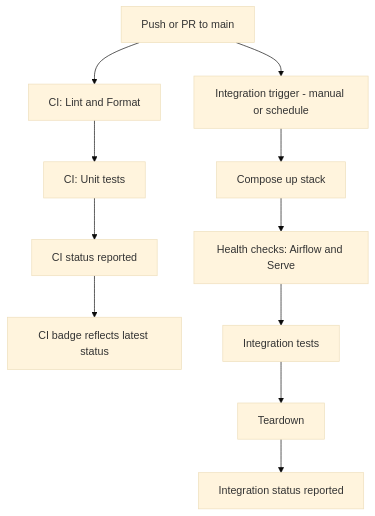
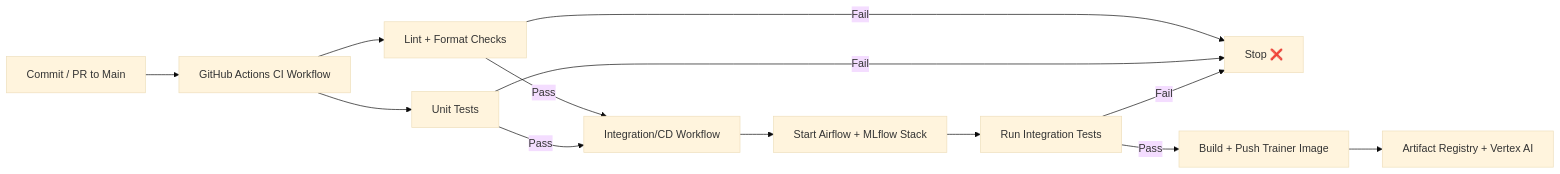
One commit to JDede1/loan_default_prediction changed the third of 4 diagrams in README.md. Above: the diagram before and after it, drawn with Mermaid (base theme). The commit also changed other lines of this file and 11 other files, not shown here.

````diff
--- a/README.md
+++ b/README.md
@@ -717,14 +541,18 @@
 ```mermaid
-flowchart TD
-  A[Push or PR to main] --> B[CI: Lint and Format]
-  B --> C[CI: Unit tests]
-  C --> D[CI status reported]
-  D --> E[CI badge reflects latest status]
+flowchart LR
+    C[Commit / PR to Main] --> CI[GitHub Actions CI Workflow]
+    CI --> L[Lint + Format Checks]
+    CI --> U[Unit Tests]
 
-  A --> F[Integration trigger - manual or schedule]
-  F --> G[Compose up stack]
-  G --> H[Health checks: Airflow and Serve]
-  H --> I[Integration tests]
-  I --> J[Teardown]
-  J --> K[Integration status reported]
+    L -->|Fail| X[Stop ❌]
+    U -->|Fail| X
+    L -->|Pass| INT[Integration/CD Workflow]
+    U -->|Pass| INT
+
+    INT --> D[Start Airflow + MLflow Stack]
+    D --> IT[Run Integration Tests]
+    IT -->|Fail| X
+    IT -->|Pass| DEPLOY[Build + Push Trainer Image]
+
+    DEPLOY --> GCP[Artifact Registry + Vertex AI]
 ```
````
